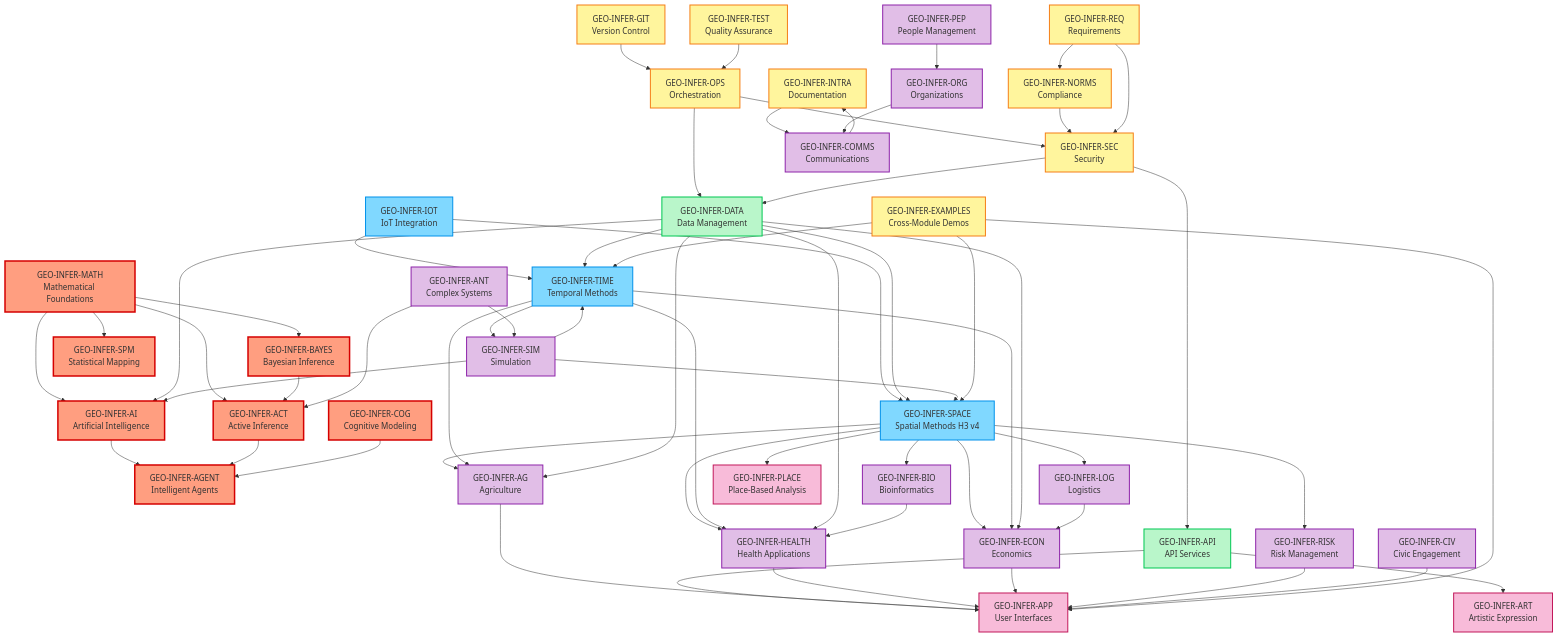
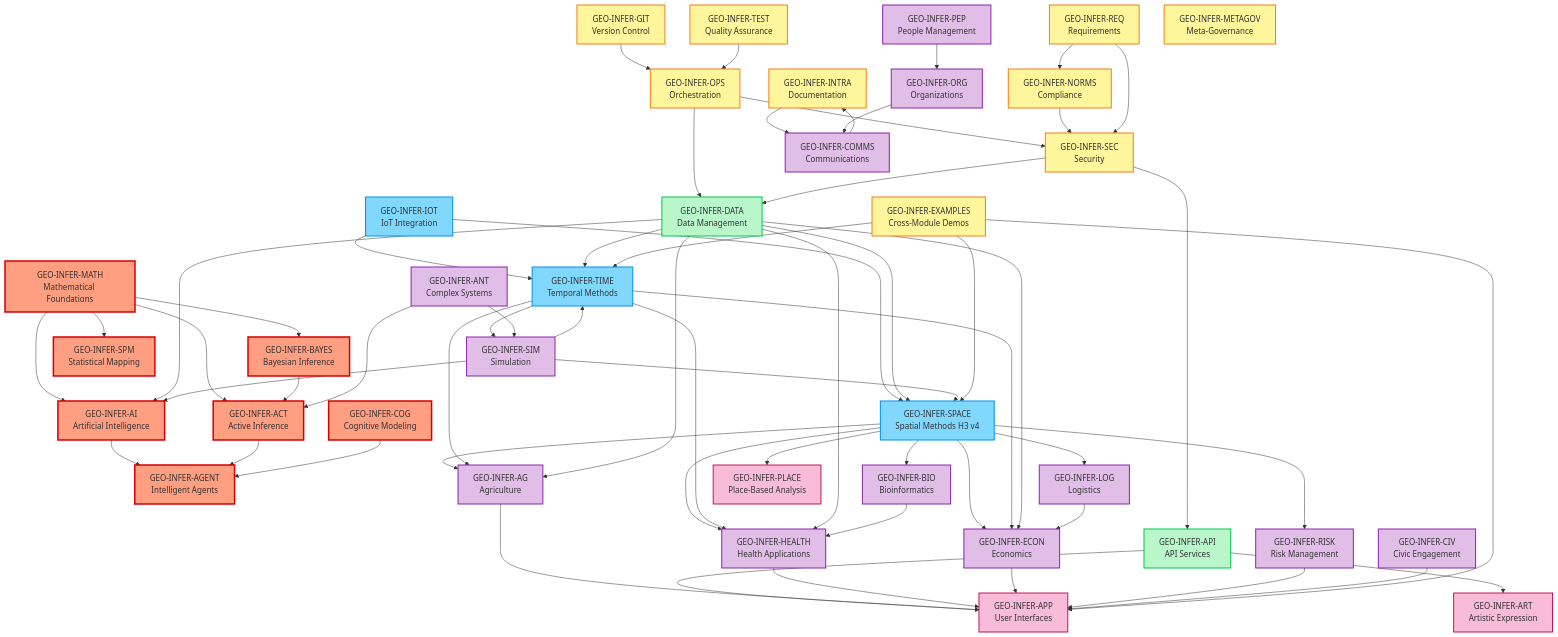
Before and after one commit to ActiveInferenceInstitute/GEO-INFER: the first of 3 diagrams in README.md, drawn with Mermaid. The commit also changed other lines of this file and 265 other files, not shown here.

```diff
--- a/README.md
+++ b/README.md
@@ -253,6 +245,7 @@
     %% Governance Layer
     NORMS["GEO-INFER-NORMS<br/>Compliance"]:::opsNode
     REQ["GEO-INFER-REQ<br/>Requirements"]:::opsNode
+    METAGOV["GEO-INFER-METAGOV<br/>Meta-Governance"]:::opsNode
 
     %% Examples Layer
     EXAMPLES["GEO-INFER-EXAMPLES<br/>Cross-Module Demos"]:::opsNode
```
